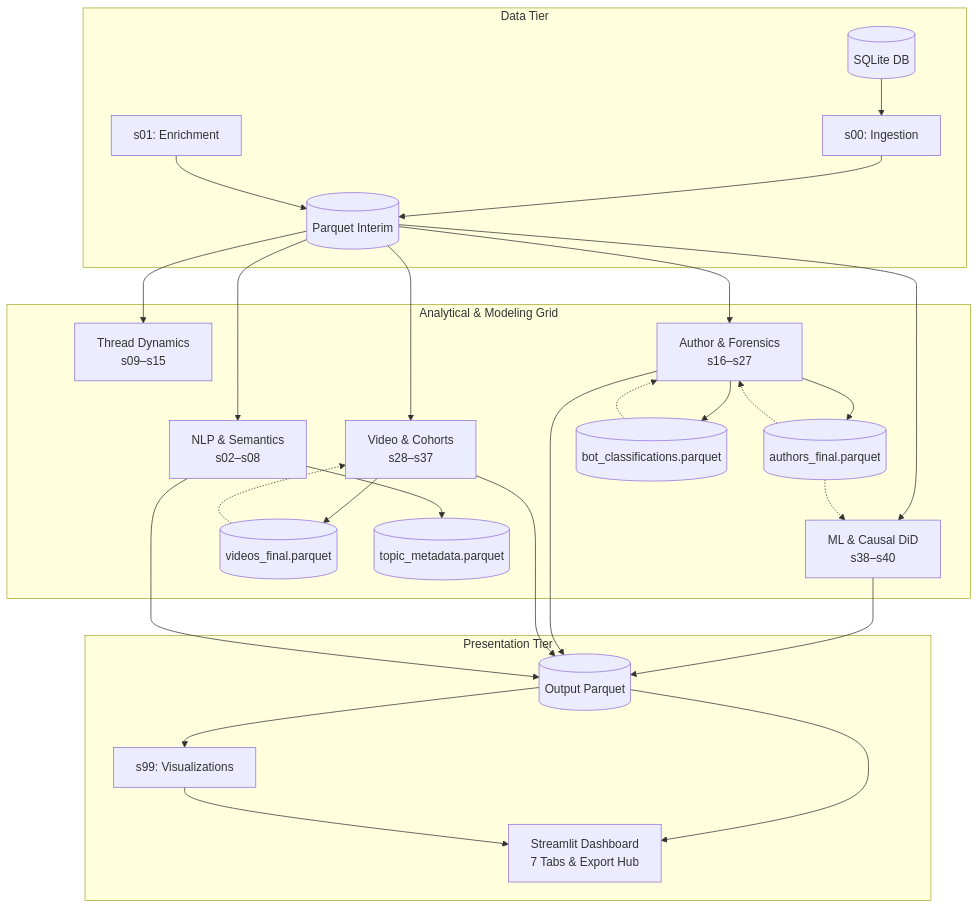
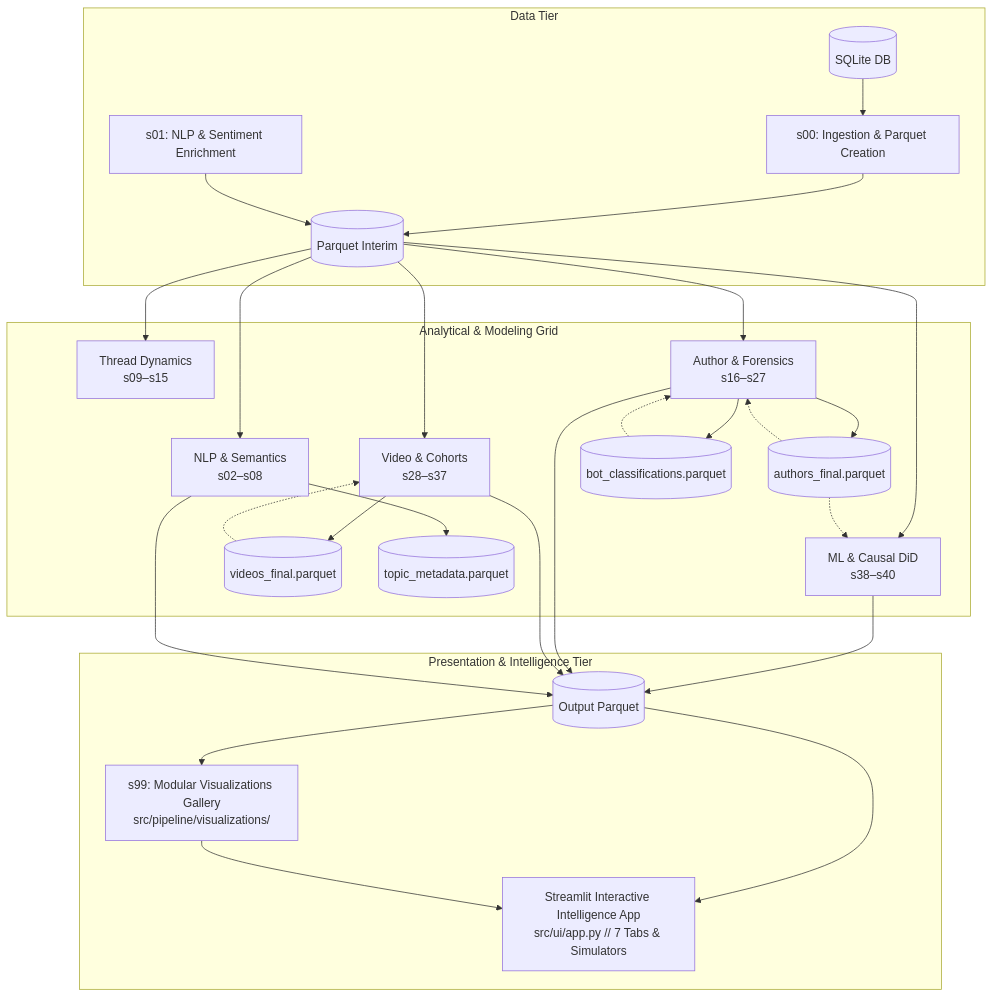
Before and after one commit to deadjdona/ytint: the diagram in code_analysis.md, drawn with Mermaid. The commit also changed other lines of this file and 4 other files, not shown here.

Commit message:
feat: implement interactive Streamlit dashboard and overhaul project documentation to support the 42-stage analytics pipeline.

````diff
--- a/code_analysis.md
+++ b/code_analysis.md
@@ -9,36 +9,36 @@
 ```mermaid
 graph TD
     subgraph Data Tier
-        Raw[(SQLite DB)] --> Ingest[s00: Ingestion]
+        Raw[(SQLite DB)] --> Ingest[s00: Ingestion & Parquet Creation]
         Ingest --> Interim[(Parquet Interim)]
-        Enrich[s01: Enrichment] --> Interim
+        Enrich[s01: NLP & Sentiment Enrichment] --> Interim
     end
 
     subgraph Analytical & Modeling Grid
         Interim --> NLP[NLP & Semantics<br>s02–s08]
         Interim --> Trees[Thread Dynamics<br>s09–s15]
         Interim --> Forensics[Author & Forensics<br>s16–s27]
         Interim --> Video[Video & Cohorts<br>s28–s37]
         Interim --> ML[ML & Causal DiD<br>s38–s40]
 
         Forensics --> AuthorsFinal[(authors_final.parquet)]
         Video --> VideosFinal[(videos_final.parquet)]
         NLP --> TopicMeta[(topic_metadata.parquet)]
         Forensics --> BotClass[(bot_classifications.parquet)]
 
         AuthorsFinal -.-> ML
         AuthorsFinal -.-> Forensics
         VideosFinal -.-> Video
         BotClass -.-> Forensics
     end
 
-    subgraph Presentation Tier
+    subgraph Presentation & Intelligence Tier
         ML --> Output[(Output Parquet)]
         Forensics --> Output
         Video --> Output
         NLP --> Output
-        Output --> Viz[s99: Visualizations]
-        Output --> App[Streamlit Dashboard<br>7 Tabs & Export Hub]
+        Output --> Viz[s99: Modular Visualizations Gallery<br>src/pipeline/visualizations/]
+        Output --> App[Streamlit Interactive Intelligence App<br>src/ui/app.py // 7 Tabs & Simulators]
         Viz --> App
     end
 ```
````
